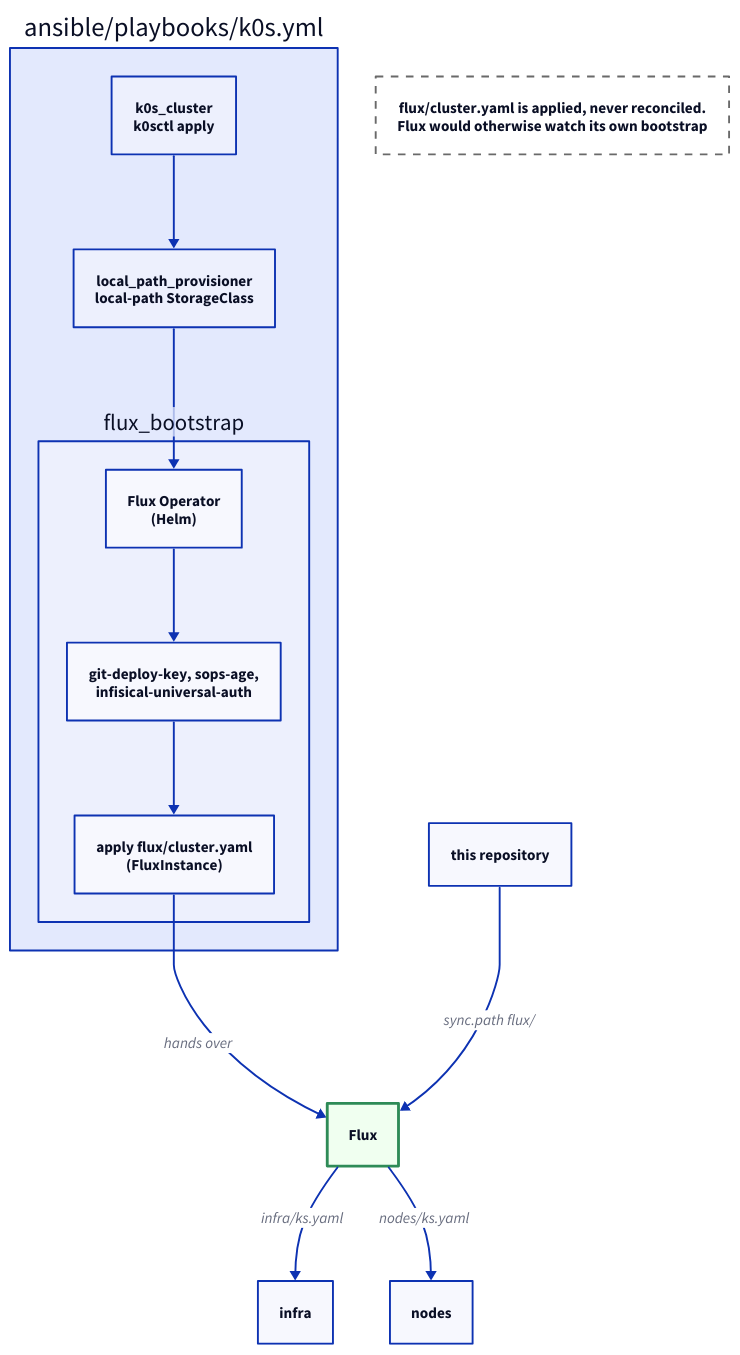
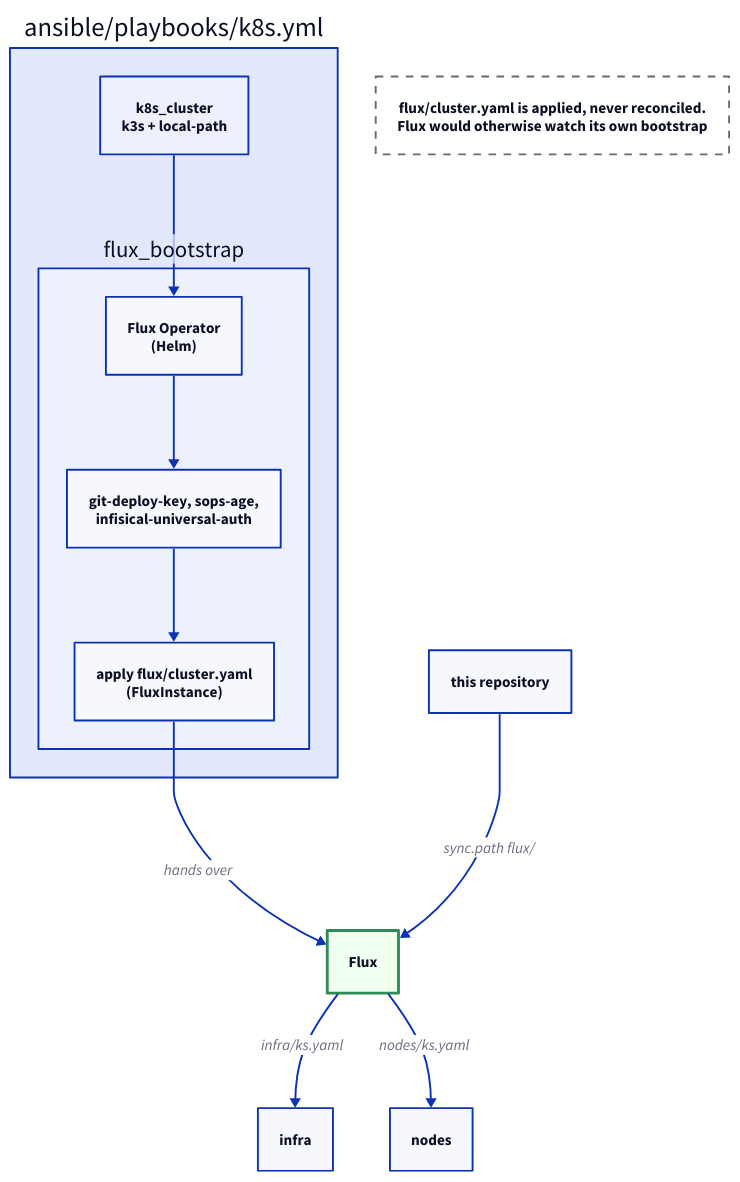
Before and after one commit to brewcoua/futhark: the diagram in docs/src/gitops/flux.md, drawn with D2. The commit also changed other lines of this file and 77 other files, not shown here.

````diff
--- a/docs/src/gitops/flux.md
+++ b/docs/src/gitops/flux.md
@@ -54,42 +54,41 @@
 ```d2
 direction: down
 
 classes: {
   boundary: {
     style: {
       stroke-width: 3
       stroke: seagreen
       fill: honeydew
     }
   }
   note: {
     style: {
       stroke: dimgray
       stroke-dash: 4
       fill: transparent
     }
   }
 }
 
-ansible: "ansible/playbooks/k0s.yml" {
-  k0s: k0s_cluster\nk0sctl apply
-  lpp: local_path_provisioner\nlocal-path StorageClass
+ansible: "ansible/playbooks/k8s.yml" {
+  k8s: k8s_cluster\nk3s + local-path
   boot: flux_bootstrap {
     op: Flux Operator\n(Helm)
     seeds: "git-deploy-key, sops-age,\ninfisical-universal-auth"
     inst: "apply flux/cluster.yaml\n(FluxInstance)"
   }
-  k0s -> lpp -> boot.op
+  k8s -> boot.op
   boot.op -> boot.seeds -> boot.inst
 }
 
 flux: Flux { class: boundary }
 git: this repository
 
 ansible.boot.inst -> flux: hands over
 git -> flux: sync.path flux/
 flux -> infra: infra/ks.yaml
 flux -> nodes: nodes/ks.yaml
 
 cluster: "flux/cluster.yaml is applied, never reconciled.\nFlux would otherwise watch its own bootstrap" { class: note }
 ```
````
